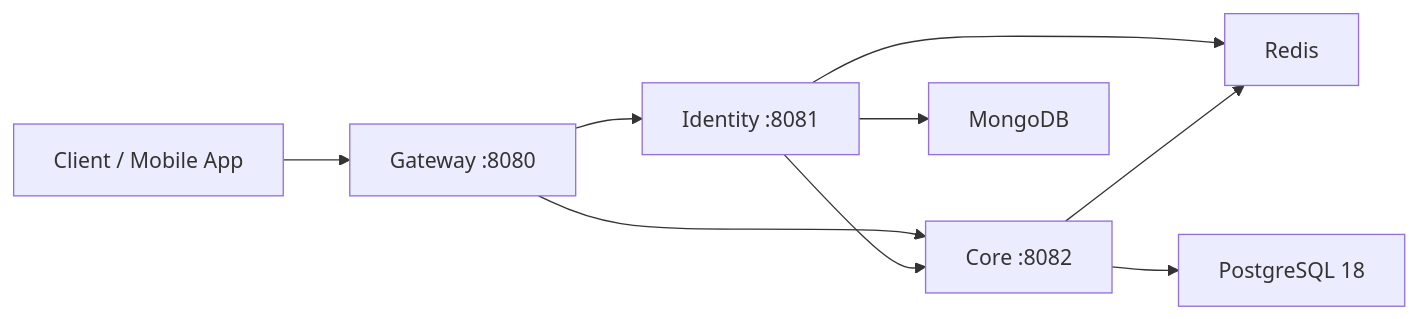
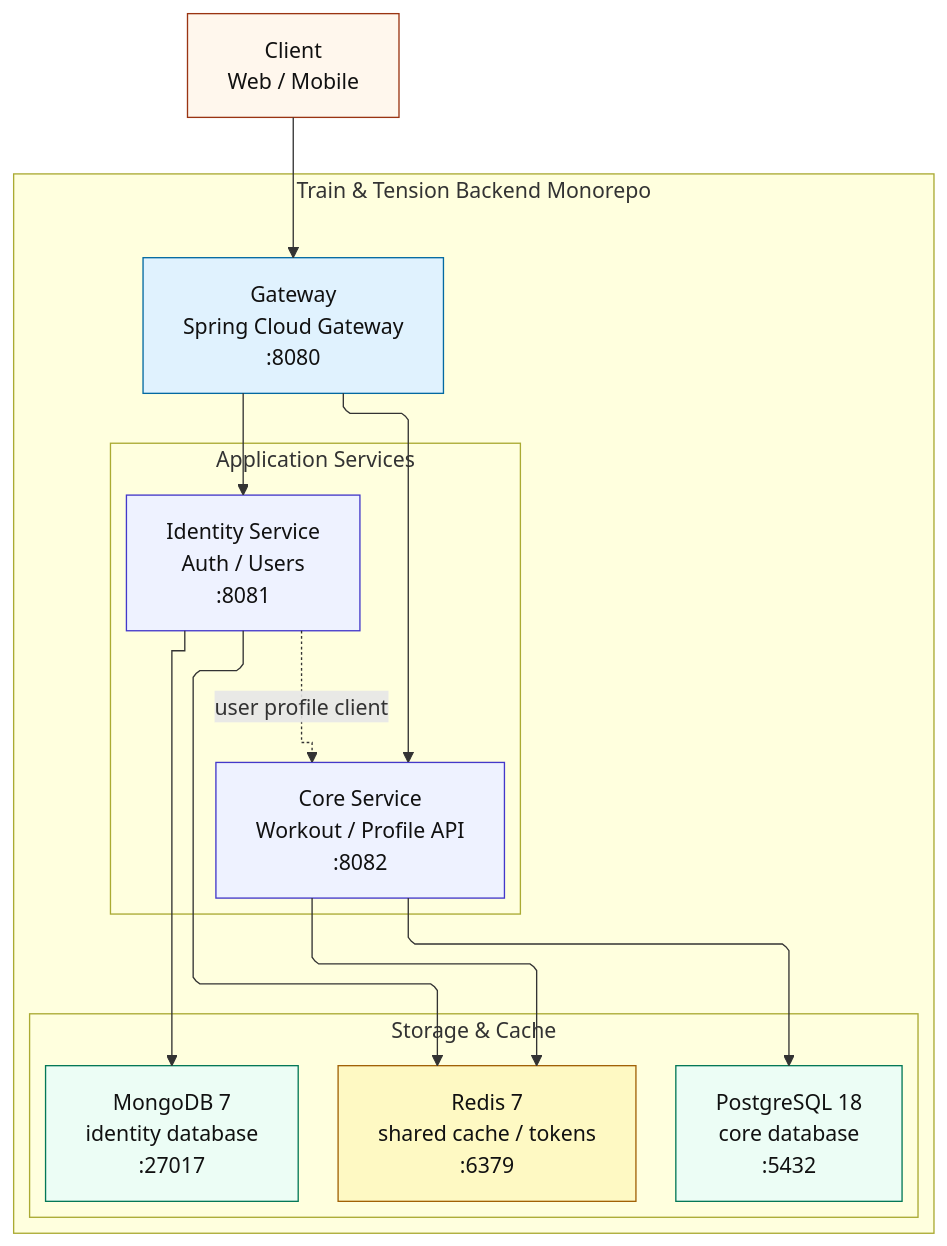
One commit to train-and-tension/backend-monorepo changed the diagram in README.md. Above: the diagram before and after it, drawn with Mermaid. The commit also changed other lines of this file, not shown here.

Commit message:
Expand README architecture documentation

````diff
--- a/README.md
+++ b/README.md
@@ -16,11 +9,49 @@
 ```mermaid
-flowchart LR
-    client["Client / Mobile App"] --> gateway["Gateway :8080"]
-    gateway --> identity["Identity :8081"]
-    gateway --> core["Core :8082"]
-    identity --> mongo["MongoDB"]
-    identity --> redis["Redis"]
-    identity --> core
-    core --> postgres["PostgreSQL 18"]
-    core --> redis
+%%{init: {"flowchart": {"defaultRenderer": "elk", "curve": "linear", "nodeSpacing": 90, "rankSpacing": 95}} }%%
+
+flowchart TB
+    client["Client<br/>Web / Mobile"]
+
+    subgraph repo["Train & Tension Backend Monorepo"]
+        direction TB
+
+        gateway["Gateway<br/>Spring Cloud Gateway<br/>:8080"]
+
+        subgraph app["Application Services"]
+            direction LR
+            identity["Identity Service<br/>Auth / Users<br/>:8081"]
+            core["Core Service<br/>Workout / Profile API<br/>:8082"]
+        end
+
+        subgraph storage["Storage & Cache"]
+            direction LR
+            mongo["MongoDB 7<br/>identity database<br/>:27017"]
+            redis["Redis 7<br/>shared cache / tokens<br/>:6379"]
+            postgres["PostgreSQL 18<br/>core database<br/>:5432"]
+        end
+
+        gateway --> identity
+        gateway --> core
+
+        identity -. "user profile client" .-> core
+
+        identity --> mongo
+        identity --> redis
+        core --> redis
+        core --> postgres
+    end
+
+    client --> gateway
+
+    classDef external fill:#fff7ed,stroke:#9a3412,color:#111;
+    classDef gateway fill:#e0f2fe,stroke:#0369a1,color:#111;
+    classDef service fill:#eef2ff,stroke:#4338ca,color:#111;
+    classDef database fill:#ecfdf5,stroke:#047857,color:#111;
+    classDef cache fill:#fef9c3,stroke:#a16207,color:#111;
+
+    class client external;
+    class gateway gateway;
+    class identity,core service;
+    class mongo,postgres database;
+    class redis cache;
 ```
````
